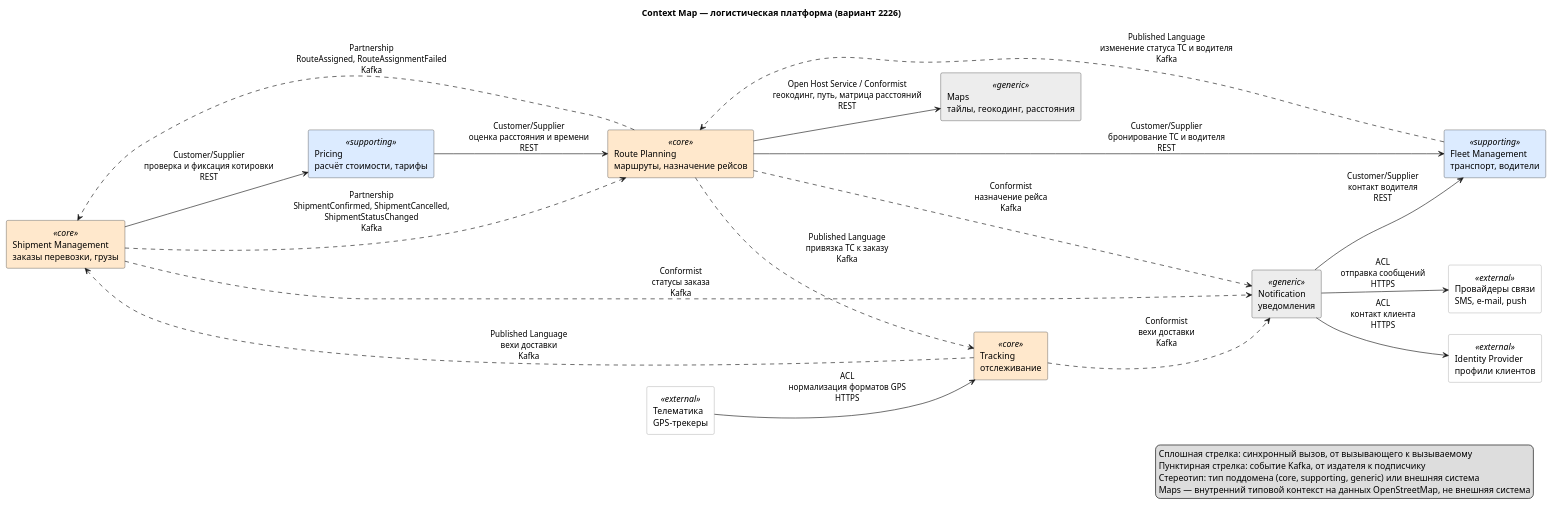
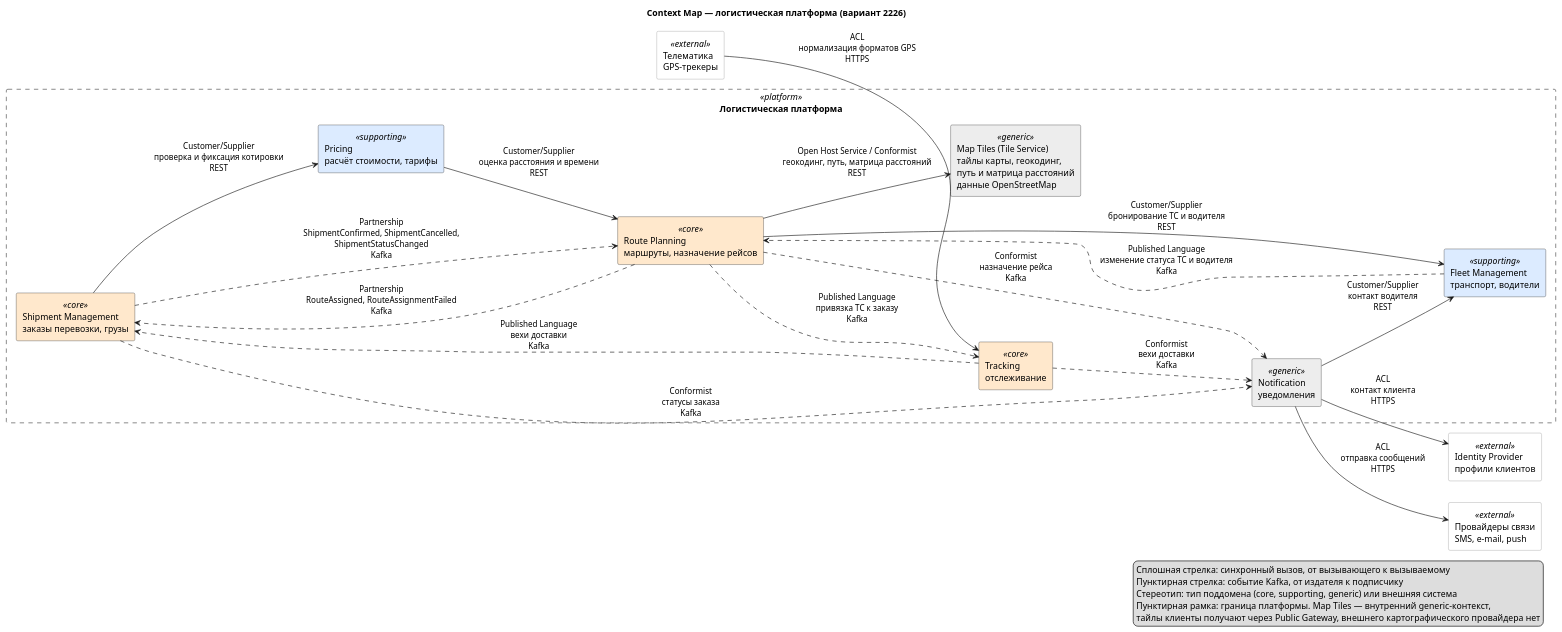
Before and after one commit to Yagiar/MicroservicesItmo: the diagram in 1_lab/diagrams/context-map.puml, drawn with PlantUML. The commit also changed 11 other files, not shown here.

First line of the commit message:
Refactor documentation and diagrams for Tile Service

```diff
--- a/1_lab/diagrams/context-map.puml
+++ b/1_lab/diagrams/context-map.puml
@@ -1,56 +1,62 @@
 @startuml context-map
 
 title Context Map — логистическая платформа (вариант 2226)
 
 left to right direction
 skinparam shadowing false
 skinparam rectangle {
   BackgroundColor<<core>> #FFE8CC
   BackgroundColor<<supporting>> #DCEBFF
   BackgroundColor<<generic>> #EDEDED
   BackgroundColor<<external>> #FFFFFF
   BorderColor<<external>> #888888
+  BackgroundColor<<platform>> #FFFFFF
+  BorderColor<<platform>> #444444
+  BorderStyle<<platform>> dashed
 }
 
-rectangle "Shipment Management\nзаказы перевозки, грузы" as shipment <<core>>
-rectangle "Route Planning\nмаршруты, назначение рейсов" as route <<core>>
-rectangle "Tracking\nотслеживание" as tracking <<core>>
-rectangle "Pricing\nрасчёт стоимости, тарифы" as pricing <<supporting>>
-rectangle "Fleet Management\nтранспорт, водители" as fleet <<supporting>>
-rectangle "Notification\nуведомления" as notification <<generic>>
-rectangle "Maps\nтайлы, геокодинг, расстояния" as maps <<generic>>
+rectangle "Логистическая платформа" <<platform>> {
+  rectangle "Shipment Management\nзаказы перевозки, грузы" as shipment <<core>>
+  rectangle "Route Planning\nмаршруты, назначение рейсов" as route <<core>>
+  rectangle "Tracking\nотслеживание" as tracking <<core>>
+  rectangle "Pricing\nрасчёт стоимости, тарифы" as pricing <<supporting>>
+  rectangle "Fleet Management\nтранспорт, водители" as fleet <<supporting>>
+  rectangle "Notification\nуведомления" as notification <<generic>>
+  rectangle "Map Tiles (Tile Service)\nтайлы карты, геокодинг,\nпуть и матрица расстояний\nданные OpenStreetMap" as tiles <<generic>>
+}
 
 rectangle "Телематика\nGPS-трекеры" as telematics <<external>>
 rectangle "Провайдеры связи\nSMS, e-mail, push" as comms <<external>>
 rectangle "Identity Provider\nпрофили клиентов" as idp <<external>>
 
 ' Синхронные вызовы
 shipment --> pricing : Customer/Supplier\nпроверка и фиксация котировки\nREST
 pricing --> route : Customer/Supplier\nоценка расстояния и времени\nREST
 route --> fleet : Customer/Supplier\nбронирование ТС и водителя\nREST
-route --> maps : Open Host Service / Conformist\nгеокодинг, путь, матрица расстояний\nREST
+route --> tiles : Open Host Service / Conformist\nгеокодинг, путь, матрица расстояний\nREST
 notification --> fleet : Customer/Supplier\nконтакт водителя\nREST
 
 ' События
 shipment ..> route : Partnership\nShipmentConfirmed, ShipmentCancelled,\nShipmentStatusChanged\nKafka
 route ..> shipment : Partnership\nRouteAssigned, RouteAssignmentFailed\nKafka
 fleet ..> route : Published Language\nизменение статуса ТС и водителя\nKafka
 route ..> tracking : Published Language\nпривязка ТС к заказу\nKafka
 tracking ..> shipment : Published Language\nвехи доставки\nKafka
 shipment ..> notification : Conformist\nстатусы заказа\nKafka
 route ..> notification : Conformist\nназначение рейса\nKafka
 tracking ..> notification : Conformist\nвехи доставки\nKafka
 
 ' Внешние системы
 telematics --> tracking : ACL\nнормализация форматов GPS\nHTTPS
 notification --> comms : ACL\nотправка сообщений\nHTTPS
 notification --> idp : ACL\nконтакт клиента\nHTTPS
 
 legend right
   Сплошная стрелка: синхронный вызов, от вызывающего к вызываемому
   Пунктирная стрелка: событие Kafka, от издателя к подписчику
   Стереотип: тип поддомена (core, supporting, generic) или внешняя система
-  Maps — внутренний типовой контекст на данных OpenStreetMap, не внешняя система
+  Пунктирная рамка: граница платформы. Map Tiles — внутренний generic-контекст,
+  тайлы клиенты получают через Public Gateway, внешнего картографического провайдера нет
 endlegend
 
 @enduml
```
